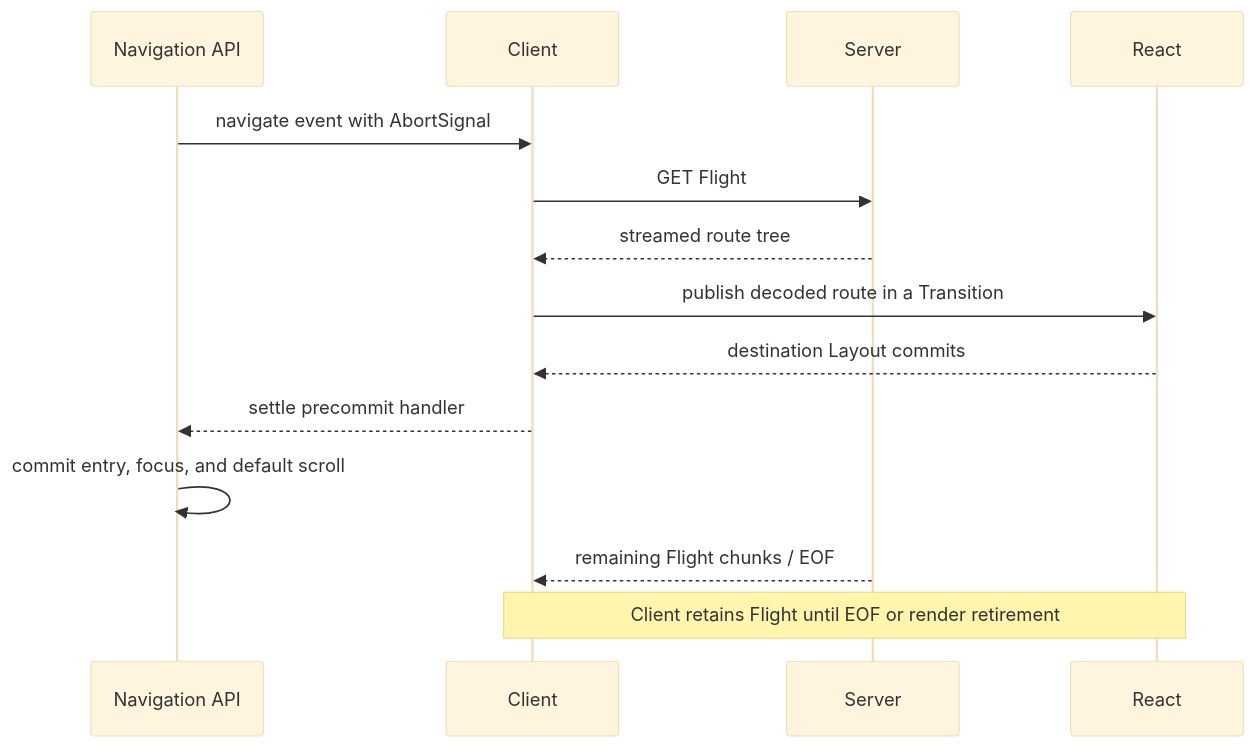
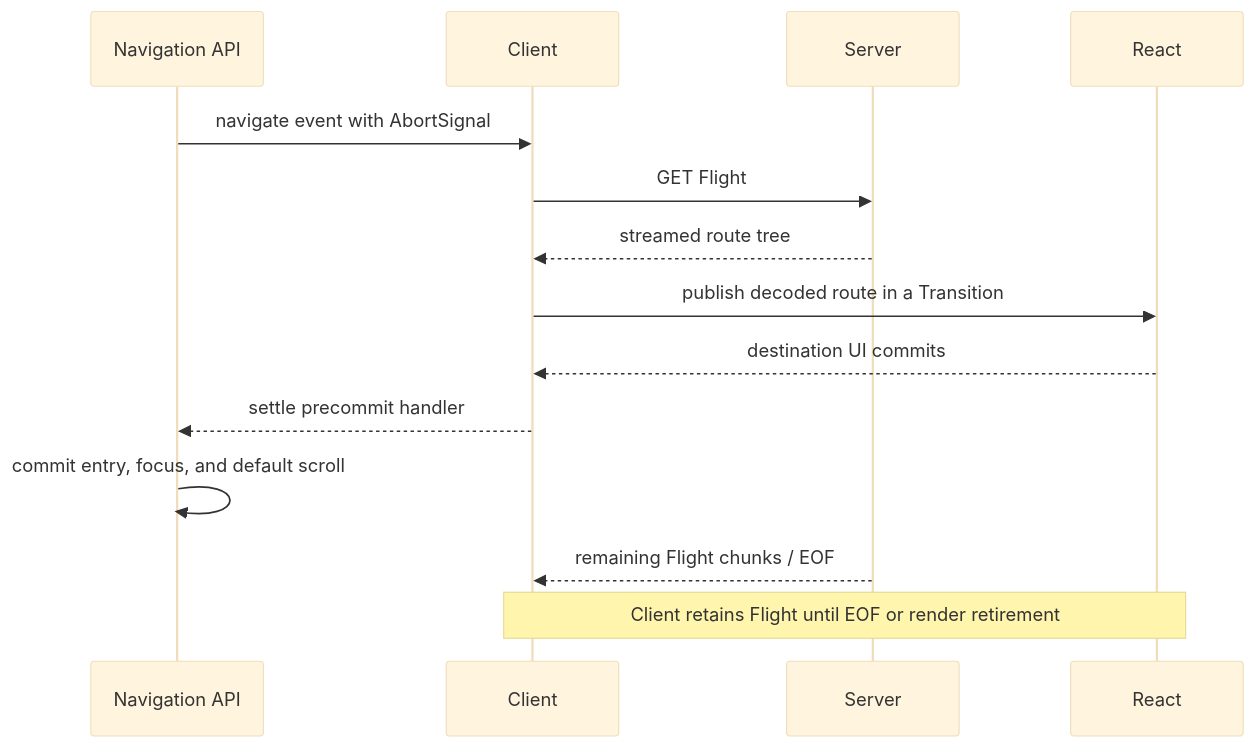
One commit to nikhilsnayak/effective-rsc changed the second of 2 diagrams in docs/architecture/request-flows.md. Above: the diagram before and after it, drawn with Mermaid (base theme). The commit also changed other lines of this file and 8 other files, not shown here.

Commit message:
docs: refine client router architecture

````diff
--- a/docs/architecture/request-flows.md
+++ b/docs/architecture/request-flows.md
@@ -25,17 +25,17 @@
 ```mermaid
 sequenceDiagram
   participant Navigation as Navigation API
   participant Client
   participant Server
   participant React
 
   Navigation->>Client: navigate event with AbortSignal
   Client->>Server: GET Flight
   Server-->>Client: streamed route tree
   Client->>React: publish decoded route in a Transition
-  React-->>Client: destination Layout commits
+  React-->>Client: destination UI commits
   Client-->>Navigation: settle precommit handler
   Navigation->>Navigation: commit entry, focus, and default scroll
   Server-->>Client: remaining Flight chunks / EOF
   Note over Client,React: Client retains Flight until EOF or render retirement
 ```
````
